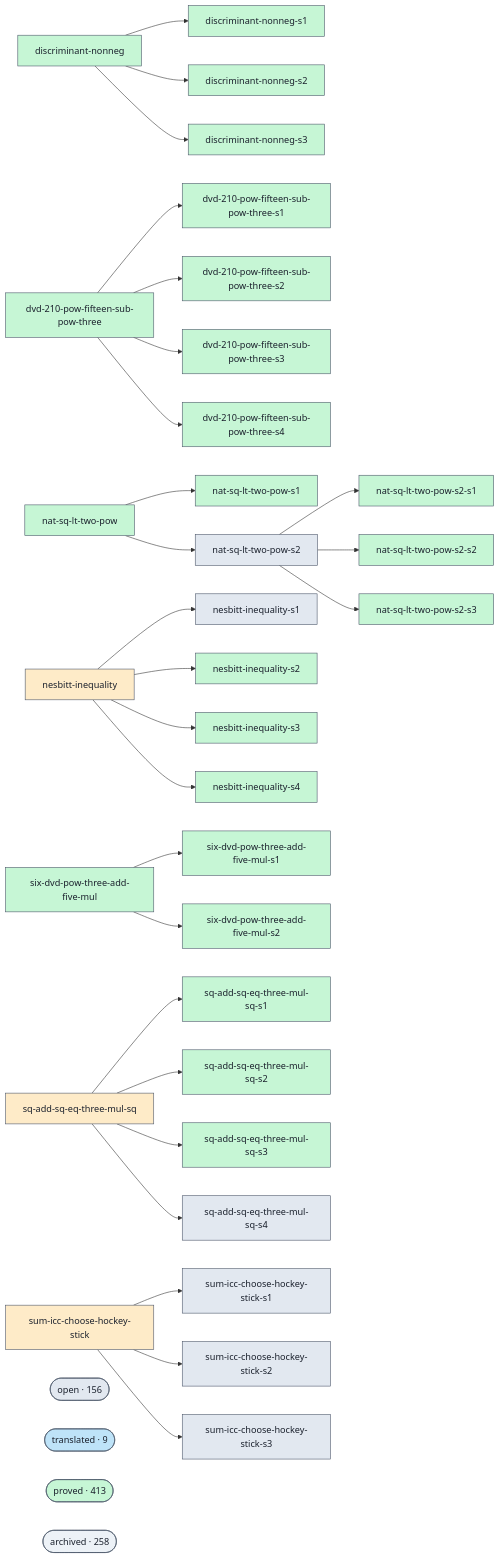
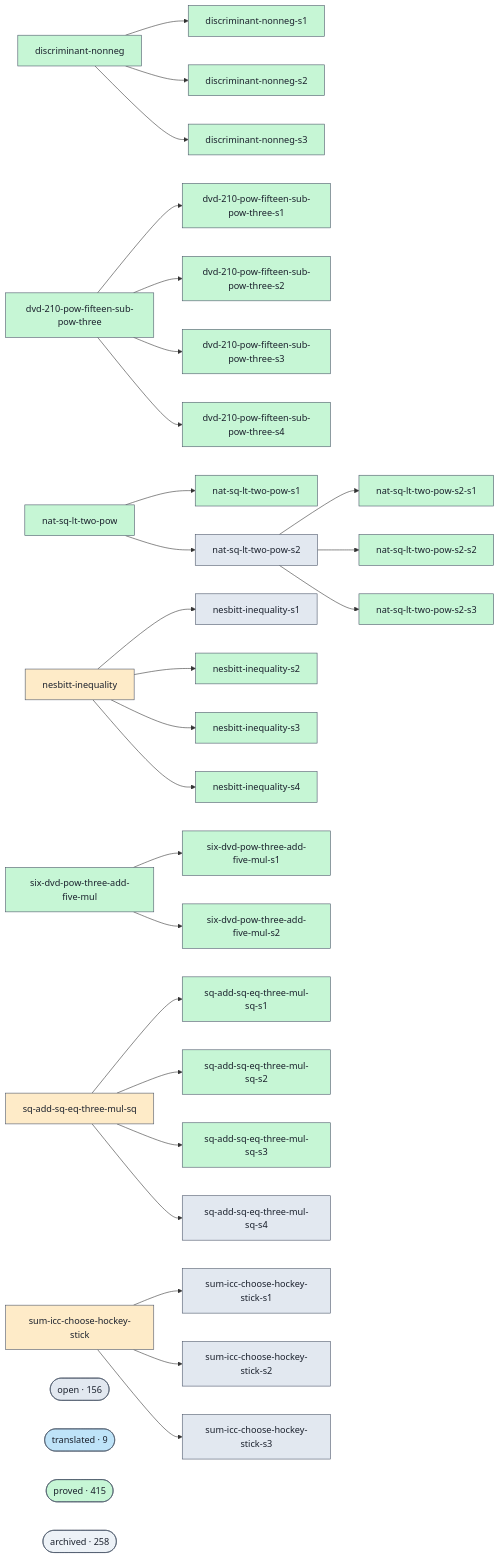
One commit to ohdearquant/unsorry changed the diagram in docs/proofs-contributors-visualisation.md. Above: the diagram before and after it, drawn with Mermaid. The commit also changed other lines of this file and 2 other files, not shown here.

```diff
--- a/docs/proofs-contributors-visualisation.md
+++ b/docs/proofs-contributors-visualisation.md
@@ -147,7 +147,7 @@
   class cluster_open open;
   cluster_translated(["translated · 9"])
   class cluster_translated translated;
-  cluster_proved(["proved · 413"])
+  cluster_proved(["proved · 415"])
   class cluster_proved proved;
   cluster_archived(["archived · 258"])
   class cluster_archived unknown;
```
